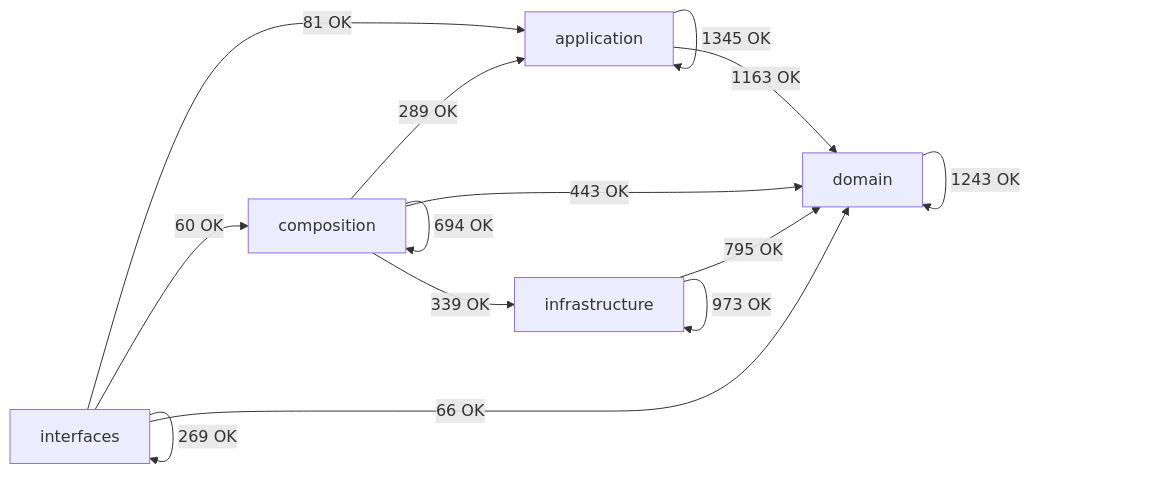
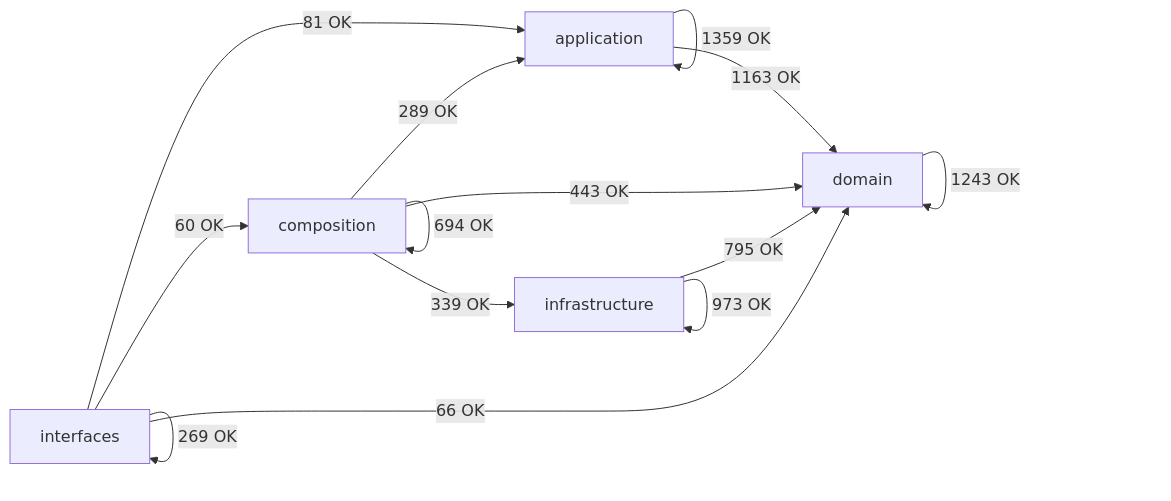
One commit to SatoryKono/BioactivityDataAcquisition changed the diagram in docs/02-architecture/generated/module-dependency-map.md. Above: the diagram before and after it, drawn with Mermaid. The commit also changed other lines of this file and 110 other files, not shown here.

````diff
--- a/docs/02-architecture/generated/module-dependency-map.md
+++ b/docs/02-architecture/generated/module-dependency-map.md
@@ -17,21 +17,21 @@
 ```mermaid
 flowchart LR
     domain[domain]
     application[application]
     infrastructure[infrastructure]
     composition[composition]
     interfaces[interfaces]
-    application -->|1345 OK| application
+    application -->|1359 OK| application
     application -->|1163 OK| domain
     composition -->|289 OK| application
     composition -->|694 OK| composition
     composition -->|443 OK| domain
     composition -->|339 OK| infrastructure
     domain -->|1243 OK| domain
     infrastructure -->|795 OK| domain
     infrastructure -->|973 OK| infrastructure
     interfaces -->|81 OK| application
     interfaces -->|60 OK| composition
     interfaces -->|66 OK| domain
     interfaces -->|269 OK| interfaces
 ```
````
